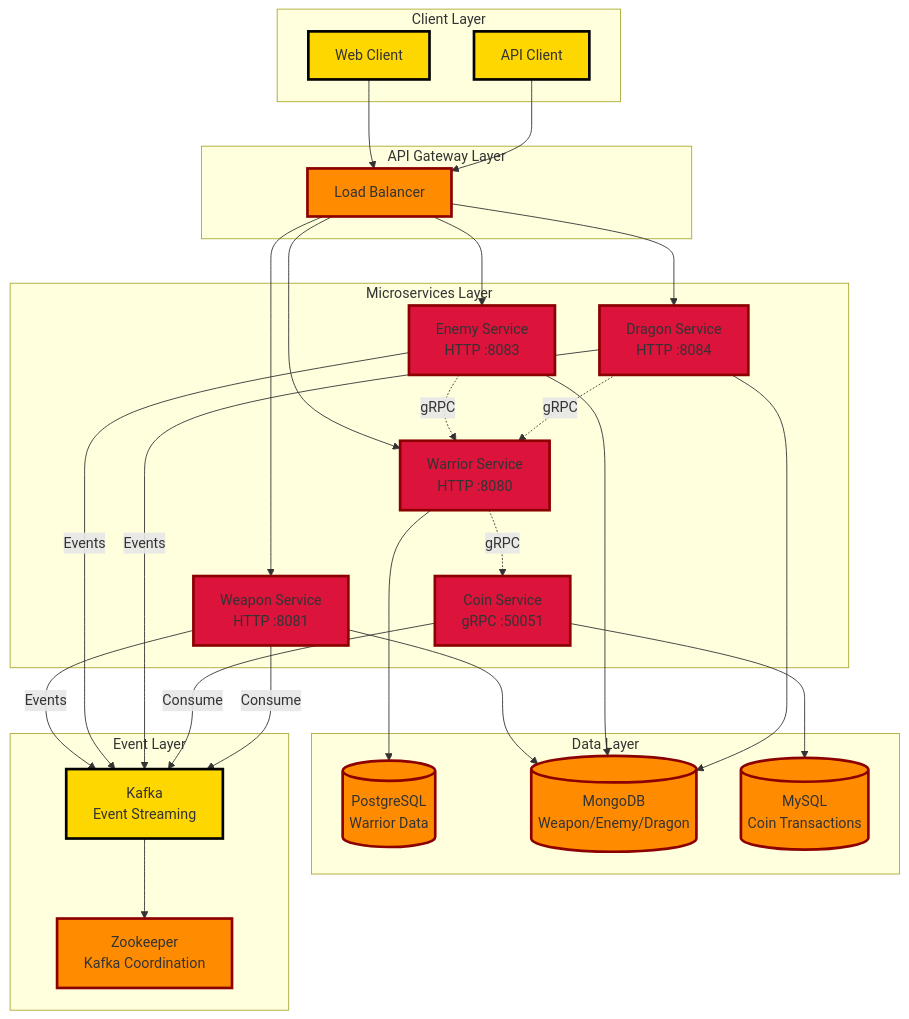
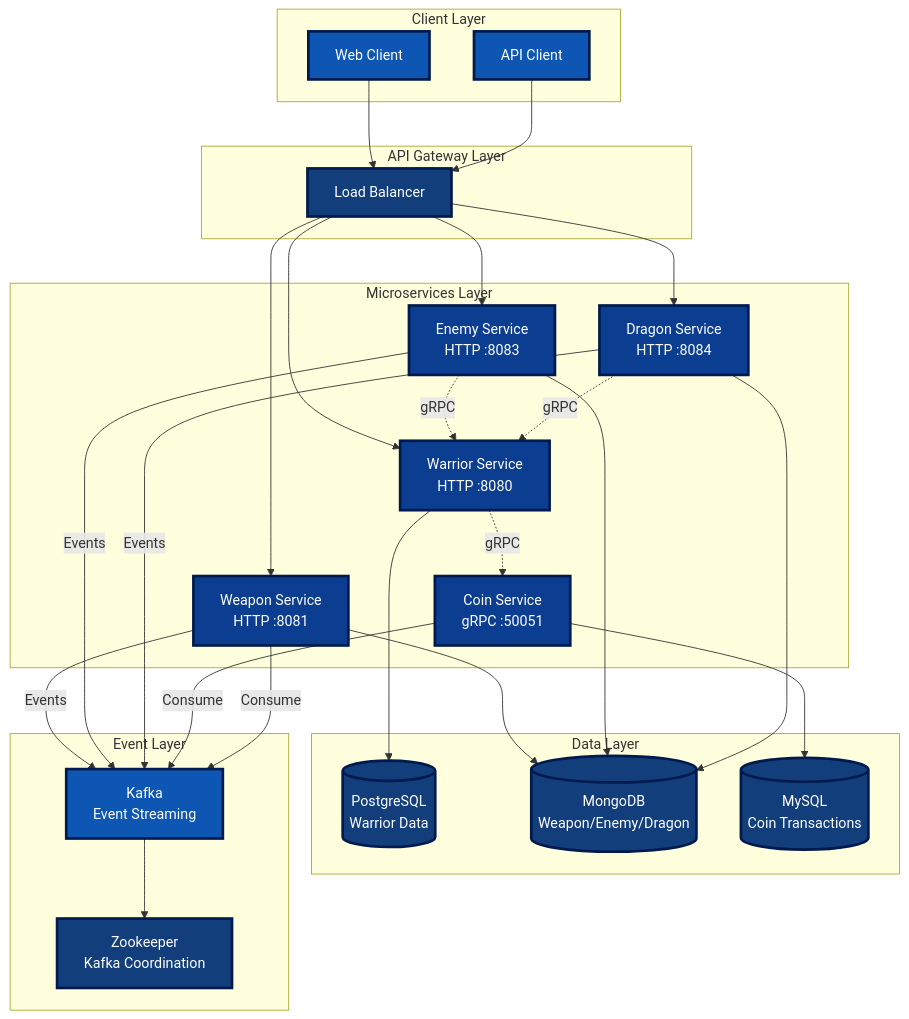
One commit to tiraten-bot/network-sec-micro changed the first of 12 diagrams in README.md. Above: the diagram before and after it, drawn with Mermaid.

Commit message:
Update README.md to enhance architecture diagram styles with new color scheme for improved visual clarity and consistency.

````diff
--- a/README.md
+++ b/README.md
@@ -7,69 +7,69 @@
 ```mermaid
 graph TB
     subgraph "Client Layer"
         WEB[Web Client]
         API[API Client]
     end
     
     subgraph "API Gateway Layer"
         LB[Load Balancer]
     end
     
     subgraph "Microservices Layer"
         W[Warrior Service<br/>HTTP :8080]
         WP[Weapon Service<br/>HTTP :8081]
         C[Coin Service<br/>gRPC :50051]
         E[Enemy Service<br/>HTTP :8083]
         D[Dragon Service<br/>HTTP :8084]
     end
     
     subgraph "Data Layer"
         PG[(PostgreSQL<br/>Warrior Data)]
         MG[(MongoDB<br/>Weapon/Enemy/Dragon)]
         MY[(MySQL<br/>Coin Transactions)]
     end
     
     subgraph "Event Layer"
         K[Kafka<br/>Event Streaming]
         Z[Zookeeper<br/>Kafka Coordination]
     end
     
     WEB --> LB
     API --> LB
     LB --> W
     LB --> WP
     LB --> E
     LB --> D
     
     W -.->|gRPC| C
     E -.->|gRPC| W
     D -.->|gRPC| W
     
     W --> PG
     WP --> MG
     E --> MG
     D --> MG
     C --> MY
     
     WP -->|Events| K
     E -->|Events| K
     D -->|Events| K
     C -->|Consume| K
     WP -->|Consume| K
     
     K --> Z
     
-    style WEB fill:#FFD700,stroke:#000000,stroke-width:3px
-    style API fill:#FFD700,stroke:#000000,stroke-width:3px
-    style LB fill:#FF8C00,stroke:#8B0000,stroke-width:3px
-    style W fill:#DC143C,stroke:#8B0000,stroke-width:3px
-    style WP fill:#DC143C,stroke:#8B0000,stroke-width:3px
-    style C fill:#DC143C,stroke:#8B0000,stroke-width:3px
-    style E fill:#DC143C,stroke:#8B0000,stroke-width:3px
-    style D fill:#DC143C,stroke:#8B0000,stroke-width:3px
-    style PG fill:#FF8C00,stroke:#8B0000,stroke-width:3px
-    style MG fill:#FF8C00,stroke:#8B0000,stroke-width:3px
-    style MY fill:#FF8C00,stroke:#8B0000,stroke-width:3px
-    style K fill:#FFD700,stroke:#000000,stroke-width:3px
-    style Z fill:#FF8C00,stroke:#8B0000,stroke-width:3px
+    style WEB fill:#0d56b3,stroke:#001a4d,stroke-width:3px,color:#ffffff
+    style API fill:#0d56b3,stroke:#001a4d,stroke-width:3px,color:#ffffff
+    style LB fill:#133e7c,stroke:#001a4d,stroke-width:3px,color:#ffffff
+    style W fill:#0b3d91,stroke:#001a4d,stroke-width:3px,color:#ffffff
+    style WP fill:#0b3d91,stroke:#001a4d,stroke-width:3px,color:#ffffff
+    style C fill:#0b3d91,stroke:#001a4d,stroke-width:3px,color:#ffffff
+    style E fill:#0b3d91,stroke:#001a4d,stroke-width:3px,color:#ffffff
+    style D fill:#0b3d91,stroke:#001a4d,stroke-width:3px,color:#ffffff
+    style PG fill:#133e7c,stroke:#001a4d,stroke-width:3px,color:#ffffff
+    style MG fill:#133e7c,stroke:#001a4d,stroke-width:3px,color:#ffffff
+    style MY fill:#133e7c,stroke:#001a4d,stroke-width:3px,color:#ffffff
+    style K fill:#0d56b3,stroke:#001a4d,stroke-width:3px,color:#ffffff
+    style Z fill:#133e7c,stroke:#001a4d,stroke-width:3px,color:#ffffff
 ```
````
